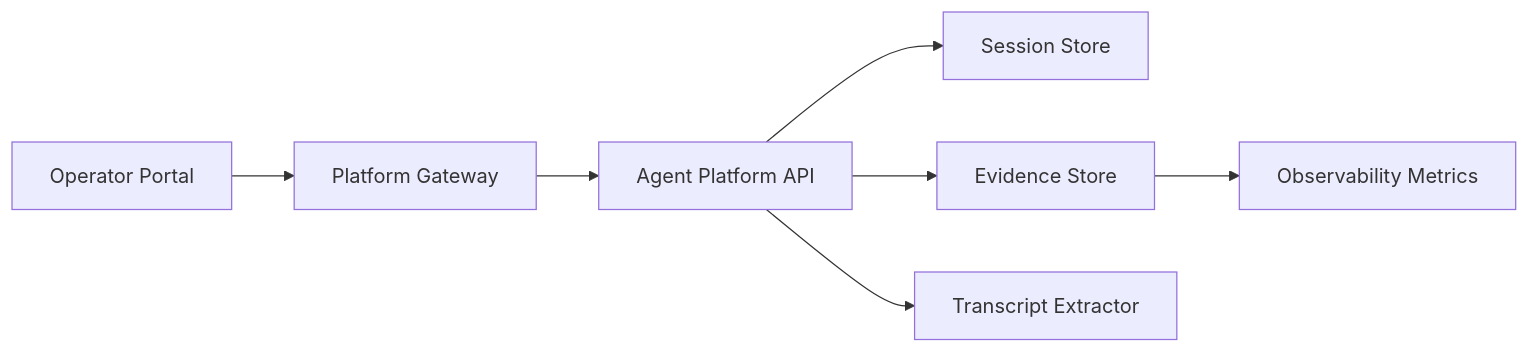
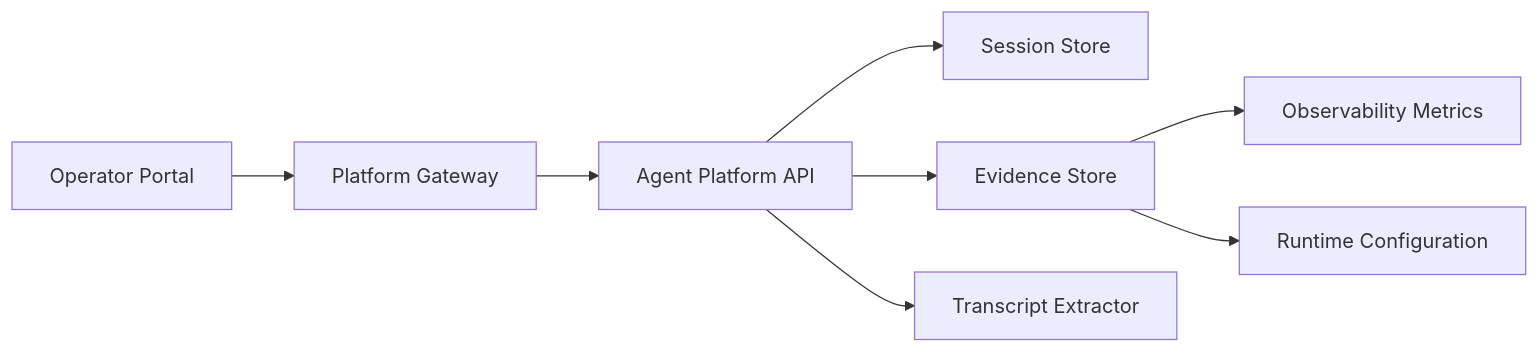
Before and after one commit to metasync/luban-aiops: the tenth of 10 diagrams in .qoder/repowiki/en/content/Architecture Documentation/SPEC-025_ Evidence Persistence in Transcripts.md, drawn with Mermaid. The commit also changed other lines of this file and 7 other files, not shown here.

````diff
--- a/.qoder/repowiki/en/content/Architecture Documentation/SPEC-025_ Evidence Persistence in Transcripts.md
+++ b/.qoder/repowiki/en/content/Architecture Documentation/SPEC-025_ Evidence Persistence in Transcripts.md
@@ -308,9 +333,10 @@
 ```mermaid
 graph LR
 Portal["Operator Portal"] --> Gateway["Platform Gateway"]
 Gateway --> AgentAPI["Agent Platform API"]
 AgentAPI --> Store["Session Store"]
 AgentAPI --> Evidence["Evidence Store"]
 AgentAPI --> Transcript["Transcript Extractor"]
 Evidence --> Metrics["Observability Metrics"]
+Evidence --> Config["Runtime Configuration"]
 ```
````
